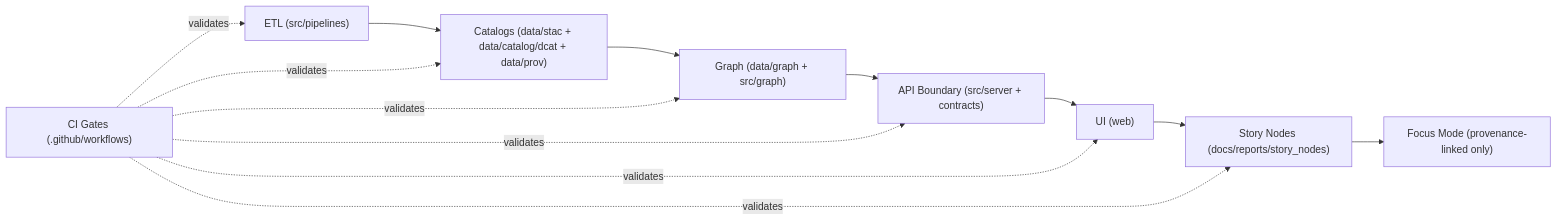
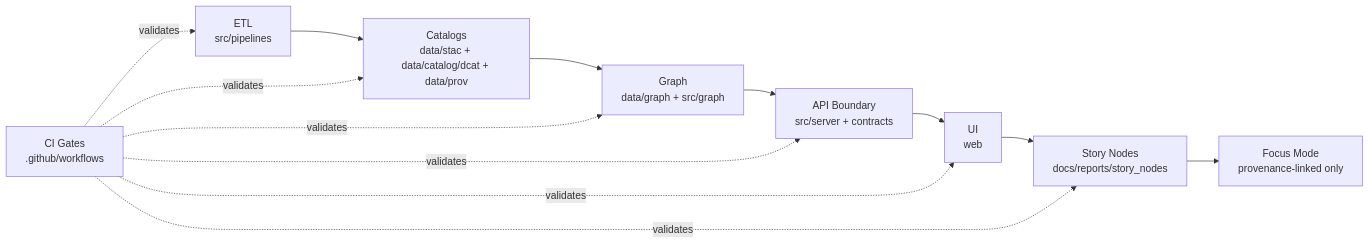
The first of 2 diagrams in .github/workflows/README.md (bartytime4life/Kansas-Frontier-Matrix), drawn with Mermaid before and after one commit. The commit also changed other lines of this file, not shown here.

First line of the commit message:
Revise workflows README for clarity and updates

```diff
--- a/.github/workflows/README.md
+++ b/.github/workflows/README.md
@@ -169,16 +149,16 @@
 ~~~mermaid
 flowchart LR
-  A["ETL (src/pipelines)"] --> B["Catalogs (data/stac + data/catalog/dcat + data/prov)"]
-  B --> C["Graph (data/graph + src/graph)"]
-  C --> D["API Boundary (src/server + contracts)"]
-  D --> E["UI (web)"]
-  E --> F["Story Nodes (docs/reports/story_nodes)"]
-  F --> G["Focus Mode (provenance-linked only)"]
+  A[ETL<br/>src/pipelines] --> B[Catalogs<br/>data/stac + data/catalog/dcat + data/prov]
+  B --> C[Graph<br/>data/graph + src/graph]
+  C --> D[API Boundary<br/>src/server + contracts]
+  D --> E[UI<br/>web]
+  E --> F[Story Nodes<br/>docs/reports/story_nodes]
+  F --> G[Focus Mode<br/>provenance-linked only]
 
-  CI["CI Gates (.github/workflows)"] -. validates .-> A
+  CI[CI Gates<br/>.github/workflows] -. validates .-> A
   CI -. validates .-> B
   CI -. validates .-> C
   CI -. validates .-> D
   CI -. validates .-> E
   CI -. validates .-> F
 ~~~
```
